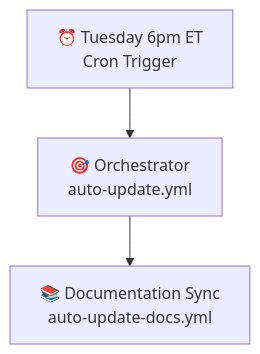
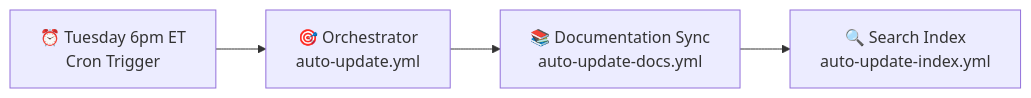
One commit to KemingHe/python-dependency-manager-companion-mcp-server changed the diagram in .github/workflows/README.md. Above: the diagram before and after it, drawn with Mermaid. The commit also changed other lines of this file and 2 other files, not shown here.

First line of the commit message:
ci(workflow): add secure auto-update-index workflow with permissions

````diff
--- a/.github/workflows/README.md
+++ b/.github/workflows/README.md
@@ -9,9 +9,11 @@
 ```mermaid
-graph TD
+graph LR
     CRON_TRIGGER["⏰ Tuesday 6pm ET<br/>Cron Trigger"]
     ORCHESTRATOR["🎯 Orchestrator<br/>auto-update.yml"]
     UPDATE_DOCS["📚 Documentation Sync<br/>auto-update-docs.yml"]
+    UPDATE_INDEX["🔍 Search Index<br/>auto-update-index.yml"]
 
     CRON_TRIGGER --> ORCHESTRATOR
     ORCHESTRATOR --> UPDATE_DOCS
+    UPDATE_DOCS --> UPDATE_INDEX
 ```
````
